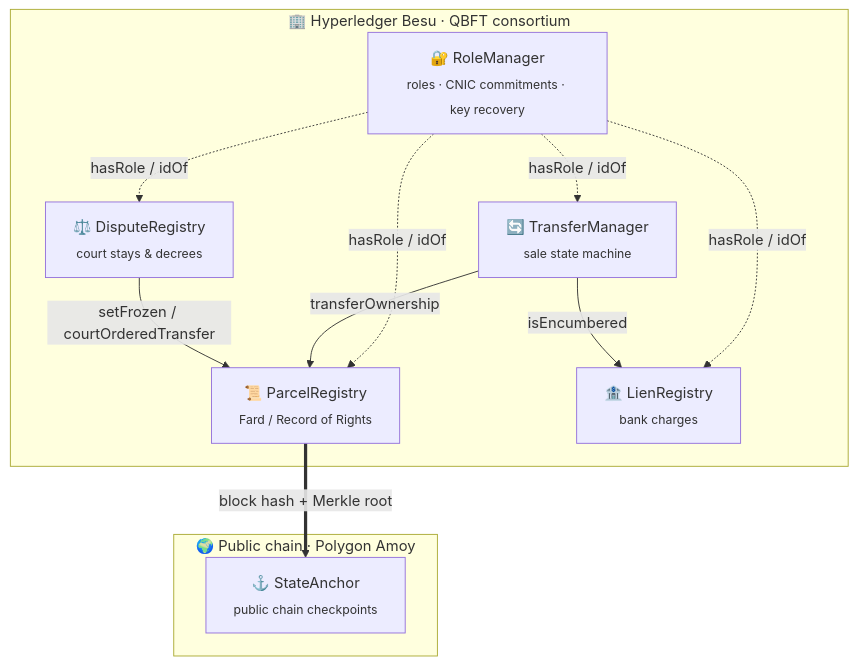
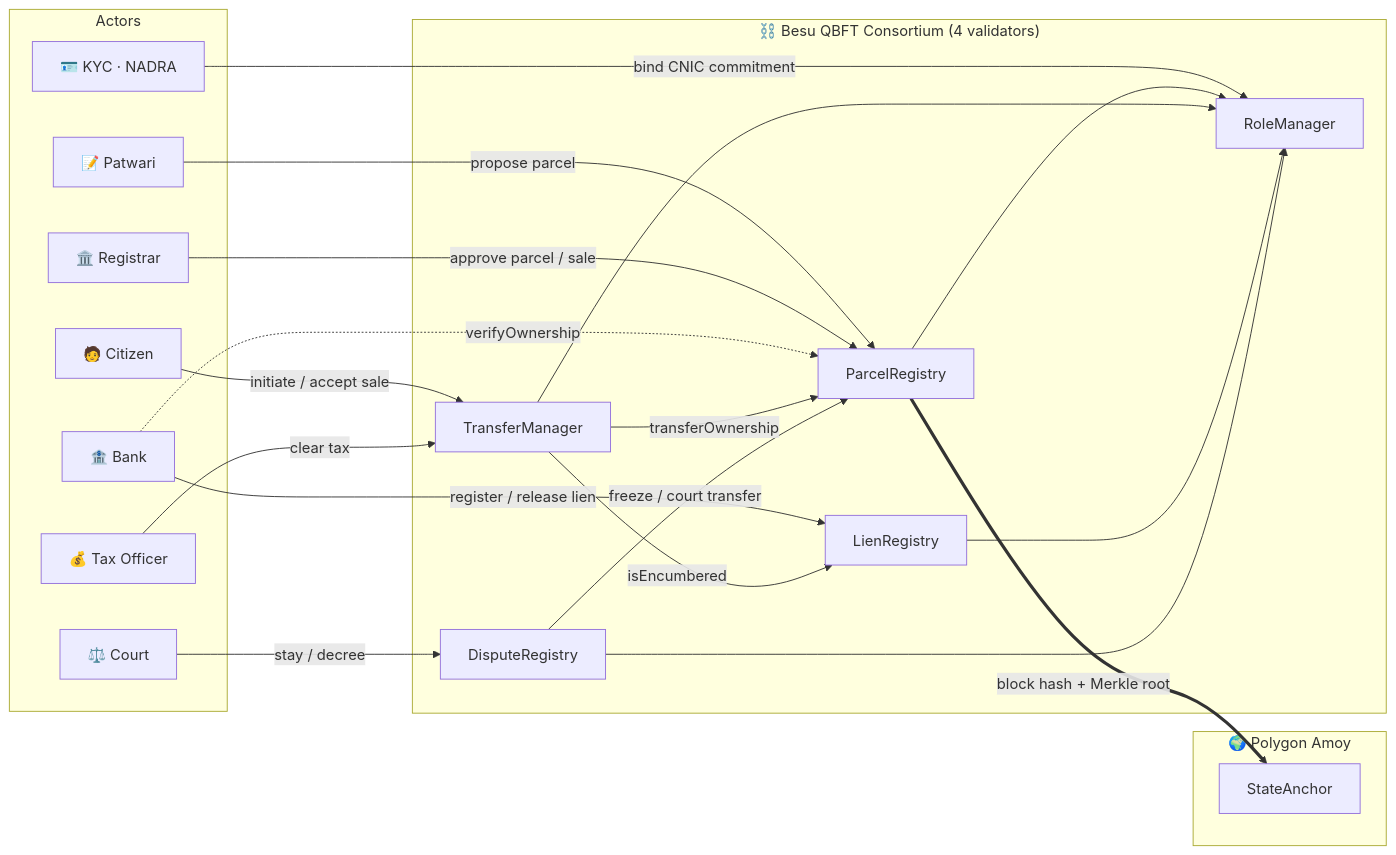
One commit to yahyaCodeX/Blockchain-Based-Land-Registry-and-Property-Transfer-System changed the first of 2 diagrams in README.md. Above: the diagram before and after it, drawn with Mermaid. The commit also changed other lines of this file, not shown here.

````diff
--- a/README.md
+++ b/README.md
@@ -86,29 +84,39 @@
 ```mermaid
-flowchart TB
-    RM["🔐 RoleManager<br/><sub>roles · CNIC commitments · key recovery</sub>"]
-    PR["📜 ParcelRegistry<br/><sub>Fard / Record of Rights</sub>"]
-    TM["🔄 TransferManager<br/><sub>sale state machine</sub>"]
-    LR["🏦 LienRegistry<br/><sub>bank charges</sub>"]
-    DR["⚖️ DisputeRegistry<br/><sub>court stays & decrees</sub>"]
-    SA["⚓ StateAnchor<br/><sub>public chain checkpoints</sub>"]
+flowchart LR
+    subgraph Actors
+        PT[📝 Patwari]
+        RG[🏛️ Registrar]
+        CZ[🧑 Citizen]
+        BK[🏦 Bank]
+        CT[⚖️ Court]
+        TX[💰 Tax Officer]
+        KY[🪪 KYC · NADRA]
+    end
 
-    RM -. "hasRole / idOf" .-> PR
-    RM -. "hasRole / idOf" .-> TM
-    RM -. "hasRole / idOf" .-> LR
-    RM -. "hasRole / idOf" .-> DR
-    TM -- "transferOwnership" --> PR
-    TM -- "isEncumbered" --> LR
-    DR -- "setFrozen / courtOrderedTransfer" --> PR
-    PR == "block hash + Merkle root" ==> SA
+    subgraph Chain["⛓️ Besu QBFT Consortium (4 validators)"]
+        RM[RoleManager]
+        PR[ParcelRegistry]
+        TM[TransferManager]
+        LR[LienRegistry]
+        DR[DisputeRegistry]
+    end
 
-    subgraph Consortium["🏢 Hyperledger Besu · QBFT consortium"]
-        RM
-        PR
-        TM
-        LR
-        DR
+    subgraph Public["🌍 Polygon Amoy"]
+        SA[StateAnchor]
     end
-    subgraph Public["🌍 Public chain · Polygon Amoy"]
-        SA
-    end
+
+    KY -->|bind CNIC commitment| RM
+    PT -->|propose parcel| PR
+    RG -->|approve parcel / sale| PR
+    CZ -->|initiate / accept sale| TM
+    TX -->|clear tax| TM
+    BK -->|register / release lien| LR
+    BK -.->|verifyOwnership| PR
+    CT -->|stay / decree| DR
+
+    TM -->|transferOwnership| PR
+    TM -->|isEncumbered| LR
+    DR -->|freeze / court transfer| PR
+    PR & TM & LR & DR --> RM
+    PR ==>|block hash + Merkle root| SA
 ```
````
